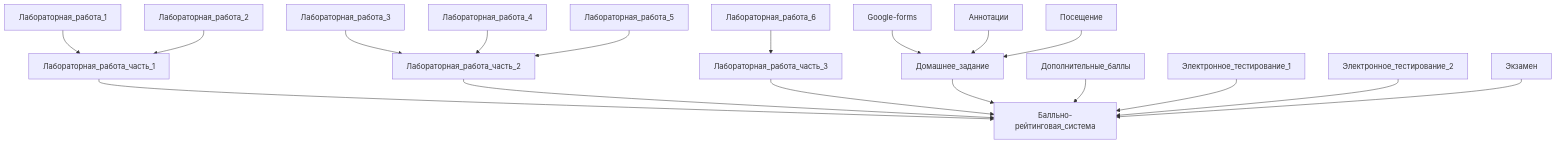
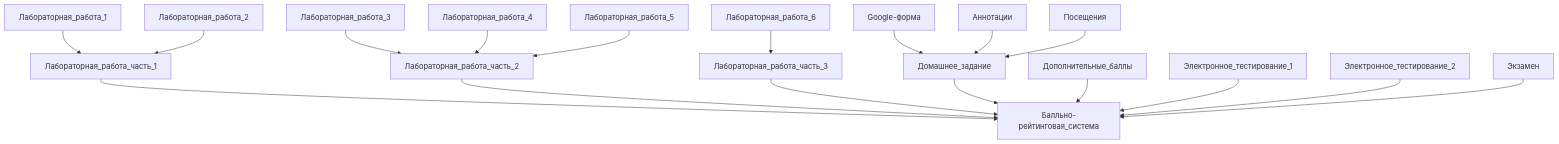
One commit to Steralka/ITMO changed the diagram in 1 Семестр/Информатика/README.md. Above: the diagram before and after it, drawn with Mermaid. The commit also changed other lines of this file, not shown here.

````diff
--- a/1 Семестр/Информатика/README.md
+++ b/1 Семестр/Информатика/README.md
@@ -39,20 +39,20 @@
 ```mermaid
 graph TD;
     Лабораторная_работа_1-->Лабораторная_работа_часть_1;
     Лабораторная_работа_2-->Лабораторная_работа_часть_1;
     Лабораторная_работа_3-->Лабораторная_работа_часть_2;
     Лабораторная_работа_4-->Лабораторная_работа_часть_2;
     Лабораторная_работа_5-->Лабораторная_работа_часть_2;
     Лабораторная_работа_6-->Лабораторная_работа_часть_3;
-    Google-forms-->Домашнее_задание;
+    Google-форма-->Домашнее_задание;
     Аннотации-->Домашнее_задание;
-    Посещение-->Домашнее_задание;
+    Посещения-->Домашнее_задание;
     Лабораторная_работа_часть_1-->Балльно-рейтинговая_система;
     Лабораторная_работа_часть_2-->Балльно-рейтинговая_система;
     Лабораторная_работа_часть_3-->Балльно-рейтинговая_система;
     Домашнее_задание-->Балльно-рейтинговая_система;
     Дополнительные_баллы-->Балльно-рейтинговая_система;
     Электронное_тестирование_1-->Балльно-рейтинговая_система;
     Электронное_тестирование_2-->Балльно-рейтинговая_система;
-    Экзамен-->Балльно-рейтинговая_система;
+Экзамен-->Балльно-рейтинговая_система;
 ```
````
